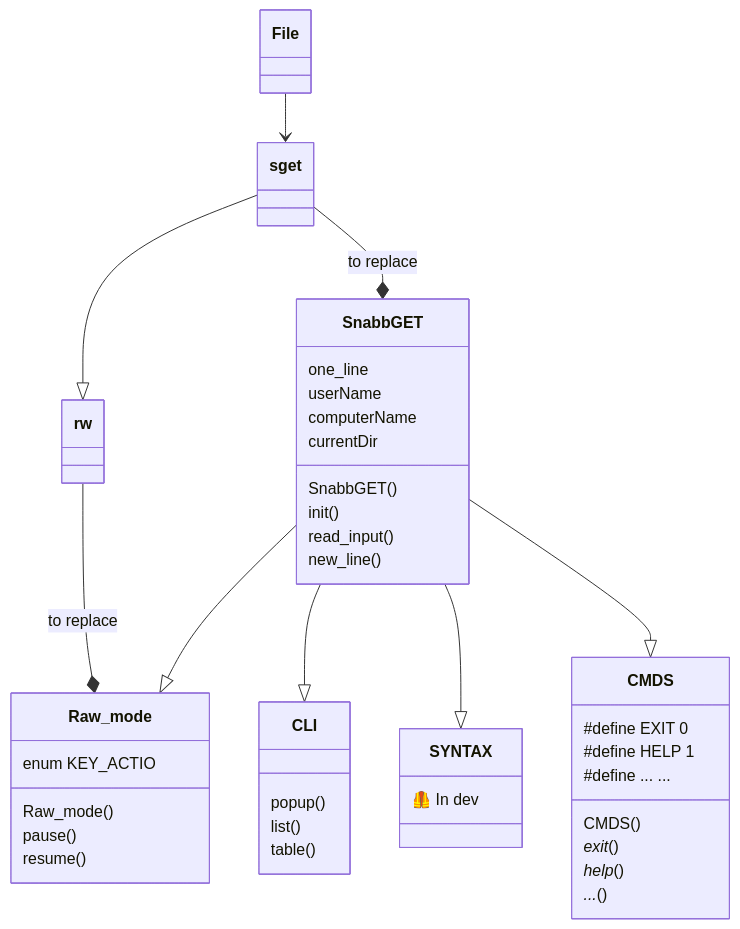
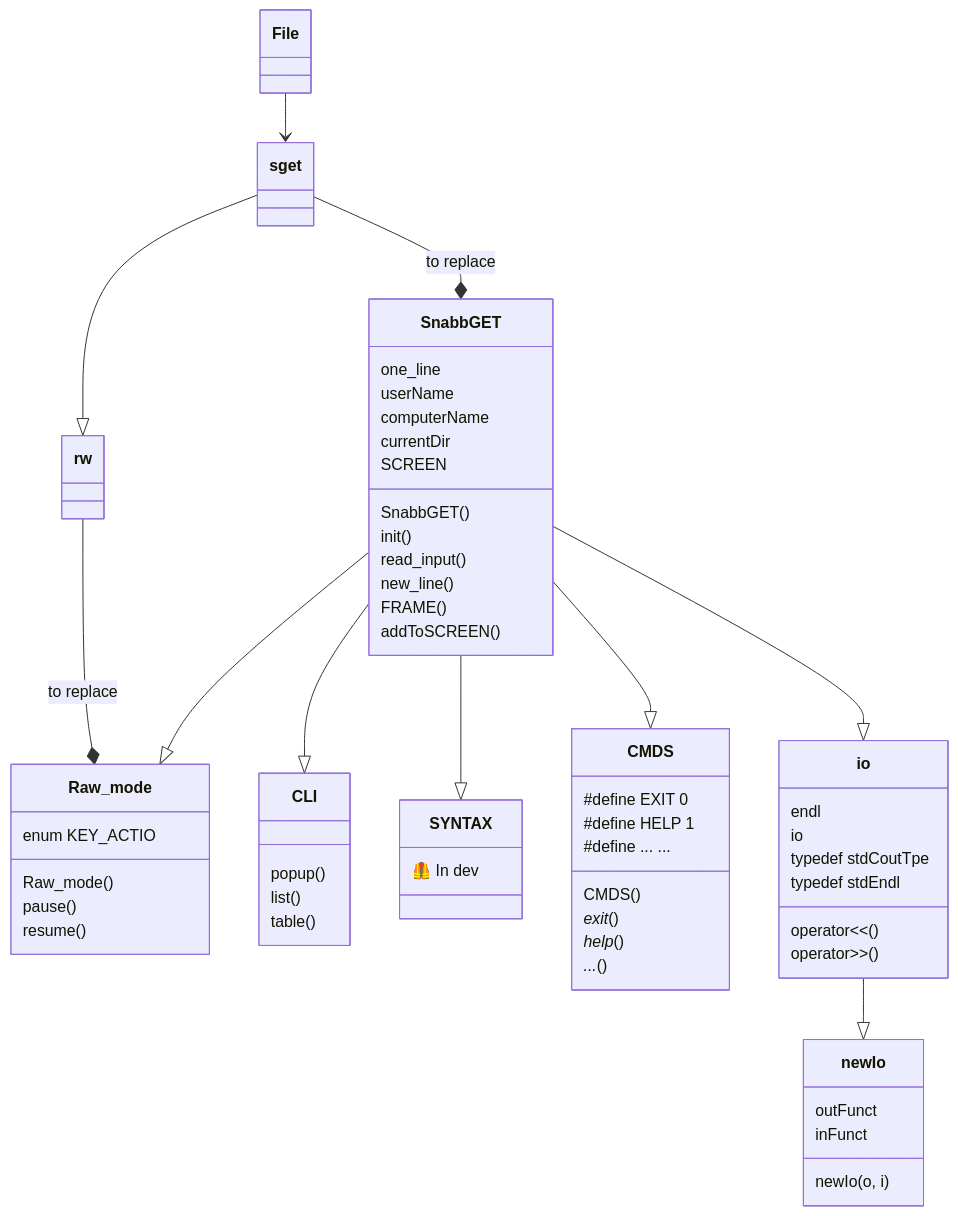
Before and after one commit to SnabbGET/SnabbGET: the second of 3 diagrams in src/README.md, drawn with Mermaid. The commit also changed other lines of this file, not shown here.

````diff
--- a/src/README.md
+++ b/src/README.md
@@ -19,35 +20,49 @@
 ```mermaid
 classDiagram
 
 File --> sget
 sget --* SnabbGET : to replace
 sget --|> rw
 rw --* Raw_mode : to replace
 SnabbGET --|> Raw_mode
 SnabbGET --|> CLI
 SnabbGET --|> SYNTAX
 SnabbGET --|> CMDS
+SnabbGET --|> io
+io --|> newIo
 SnabbGET : SnabbGET()
 SnabbGET : init()
 SnabbGET : read_input()
 SnabbGET : new_line()
+SnabbGET : FRAME()
+SnabbGET : addToSCREEN()
 SnabbGET : one_line
 SnabbGET : userName
 SnabbGET : computerName
 SnabbGET : currentDir
+SnabbGET : SCREEN
 Raw_mode : Raw_mode()
 Raw_mode : pause()
 Raw_mode : resume()
 Raw_mode : enum KEY_ACTIO
 CMDS : CMDS()
 CMDS : #define EXIT 0
 CMDS : #define HELP 1
 CMDS : #define ... ...
 CMDS : _exit_()
 CMDS : _help_()
 CMDS : _..._()
 CLI : popup()
 CLI : list()
 CLI : table()
 SYNTAX : 🦺 In dev
+newIo : newIo(o, i)
+newIo : outFunct
+newIo : inFunct
+io : endl
+io : io
+io : typedef stdCoutTpe
+io : typedef stdEndl
+io : operator<<()
+io : operator>>()
 ```
````
